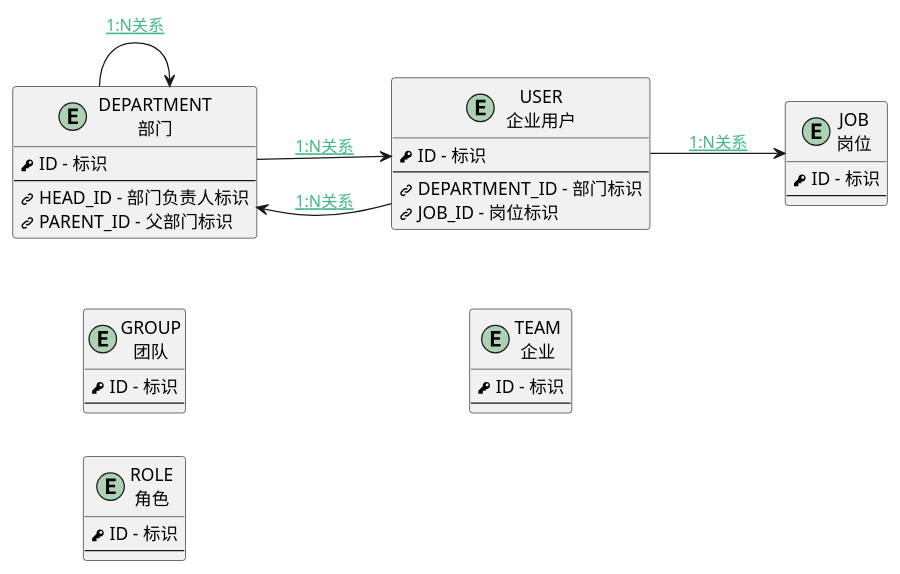
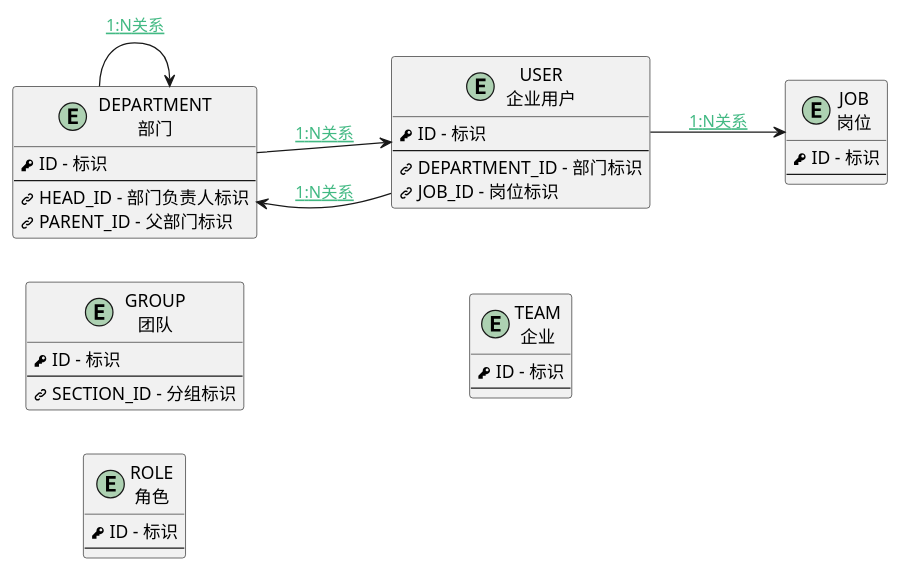
One commit to iBizLab/plm changed the diagram in doc/docsify/er/org.md. Above: the diagram before and after it, drawn with PlantUML. The commit also changed other lines of this file and 6272 other files, not shown here.

````diff
--- a/doc/docsify/er/org.md
+++ b/doc/docsify/er/org.md
@@ -5,47 +4,48 @@
 ```plantuml
 @startuml
 <style>
 root {
   HyperlinkColor #42b983
 }
 </style>
 left to right direction
 
-entity "DEPARTMENT\n部门" as DEPARTMENT [[$../module/Base/Department {部门}]] {
+entity "DEPARTMENT\n部门" as DEPARTMENT [[$../module/Base/department {部门}]] {
         <&key> ID - 标识
         --
         <&link-intact> HEAD_ID - 部门负责人标识
         <&link-intact> PARENT_ID - 父部门标识
 }
-entity "GROUP\n团队" as GROUP [[$../module/Base/Group {团队}]] {
+entity "GROUP\n团队" as GROUP [[$../module/Base/group {团队}]] {
+        <&key> ID - 标识
+        --
+        <&link-intact> SECTION_ID - 分组标识
+}
+entity "JOB\n岗位" as JOB [[$../module/Base/job {岗位}]] {
         <&key> ID - 标识
         --
 }
-entity "JOB\n岗位" as JOB [[$../module/Base/Job {岗位}]] {
+entity "ROLE\n角色" as ROLE [[$../module/Base/role {角色}]] {
         <&key> ID - 标识
         --
 }
-entity "ROLE\n角色" as ROLE [[$../module/Base/Role {角色}]] {
+entity "TEAM\n企业" as TEAM [[$../module/Base/team {企业}]] {
         <&key> ID - 标识
         --
 }
-entity "TEAM\n企业" as TEAM [[$../module/Base/Team {企业}]] {
-        <&key> ID - 标识
-        --
-}
-entity "USER\n企业用户" as USER [[$../module/Base/User {企业用户}]] {
+entity "USER\n企业用户" as USER [[$../module/Base/user {企业用户}]] {
         <&key> ID - 标识
         --
         <&link-intact> DEPARTMENT_ID - 部门标识
         <&link-intact> JOB_ID - 岗位标识
 }
 
 DEPARTMENT--> DEPARTMENT : [[$../der/DER1N_DEPARTMENT_DEPARTMENT_PARENT_ID{DER1N_DEPARTMENT_DEPARTMENT_PARENT_ID} 1:N关系]]
 USER--> DEPARTMENT : [[$../der/DER1N_USER_DEPARTMENT_DEPARTMENT_ID{DER1N_USER_DEPARTMENT_DEPARTMENT_ID} 1:N关系]]
 USER--> JOB : [[$../der/DER1N_USER_JOB_JOB_ID{DER1N_USER_JOB_JOB_ID} 1:N关系]]
 DEPARTMENT--> USER : [[$../der/DER1N_DEPARTMENT_USER_HEAD_ID{DER1N_DEPARTMENT_USER_HEAD_ID} 1:N关系]]
 
 
 hide methods
 @enduml
 ```
````
